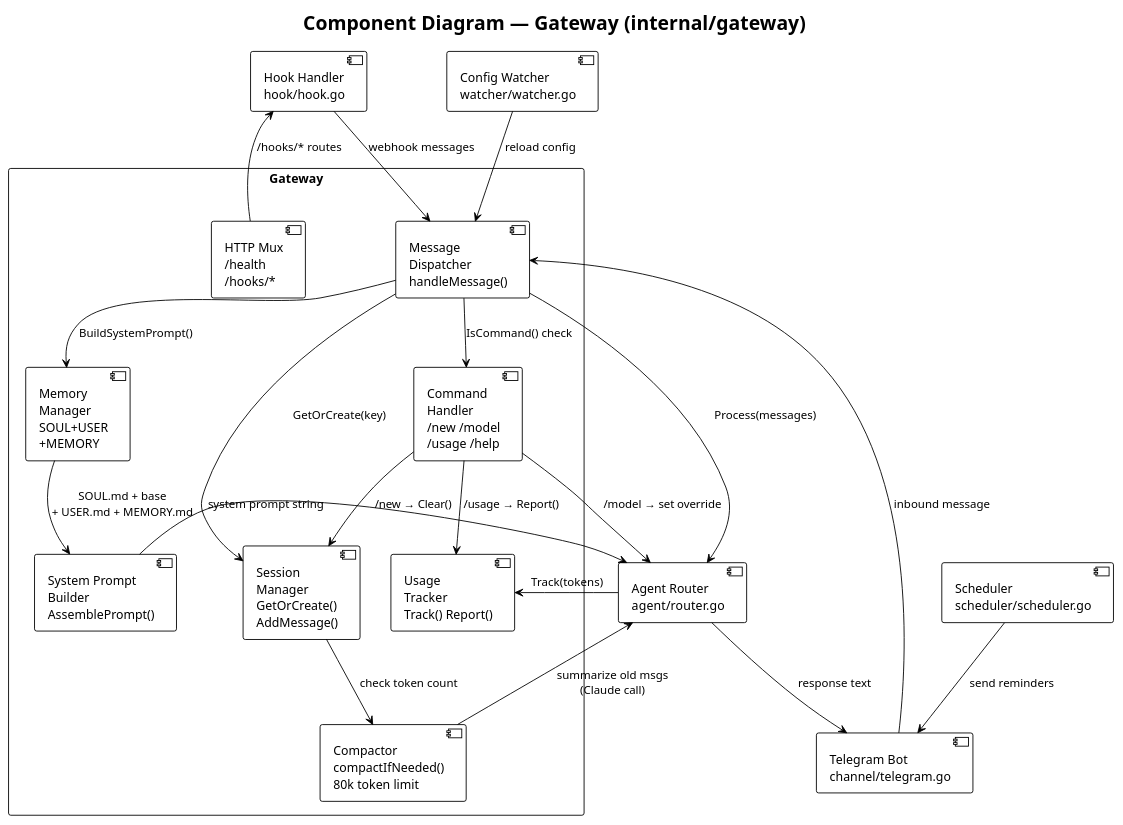
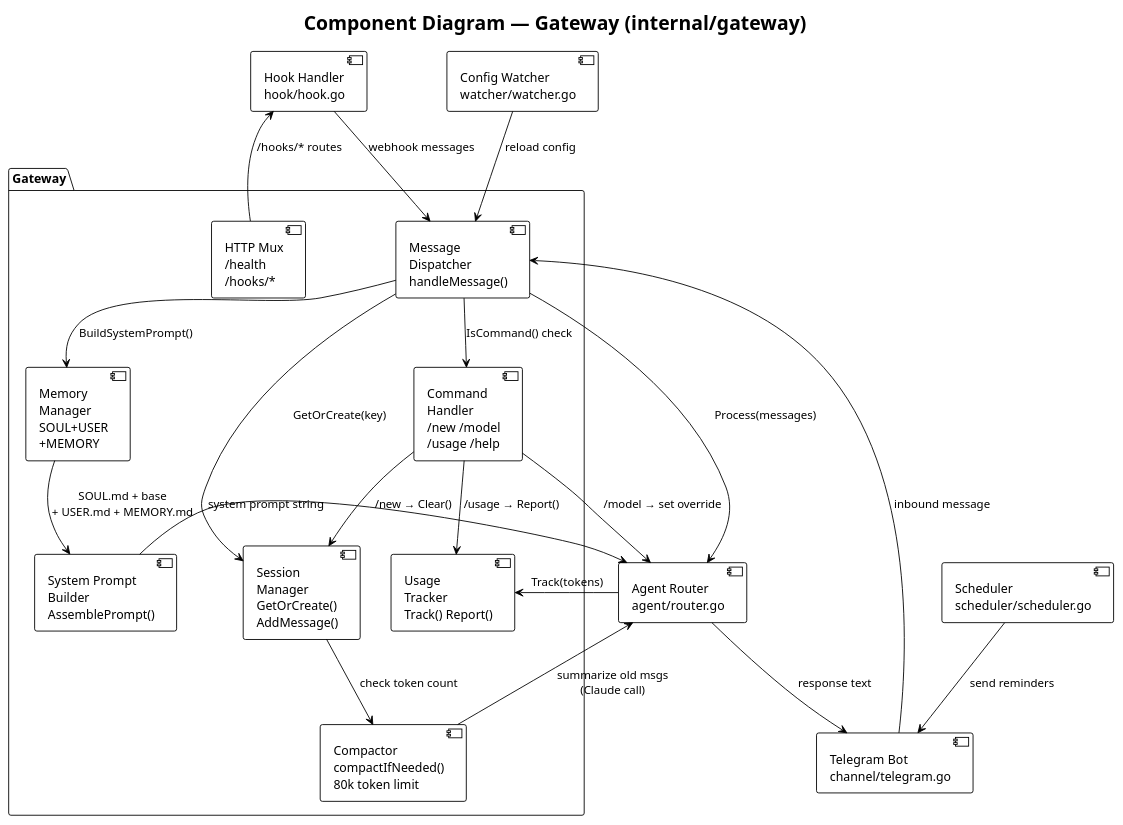
Before and after one commit to FeelPulse/feelpulse: the third of 7 diagrams in docs/c4-architecture.md, drawn with PlantUML. The commit also changed other lines of this file, not shown here.

Commit message:
docs: fix all PlantUML diagrams (validated via online service, 0 errors)

````diff
--- a/docs/c4-architecture.md
+++ b/docs/c4-architecture.md
@@ -122,50 +124,50 @@
 ```plantuml
 @startuml c4-component
 !theme plain
 skinparam backgroundColor #FFFFFF
 skinparam defaultFontName monospace
 
 title Component Diagram — Gateway (internal/gateway)
 
-rectangle "Gateway" {
+package "Gateway" {
 
   component "HTTP Mux\n/health\n/hooks/*" as MUXHTTP
   component "Message\nDispatcher\nhandleMessage()" as DISP
   component "Command\nHandler\n/new /model\n/usage /help" as CMD
   component "Memory\nManager\nSOUL+USER\n+MEMORY" as MEM
   component "Session\nManager\nGetOrCreate()\nAddMessage()" as SESS
   component "Compactor\ncompactIfNeeded()\n80k token limit" as COMP
   component "Usage\nTracker\nTrack() Report()" as USAGE
   component "System Prompt\nBuilder\nAssemblePrompt()" as SPB
 }
 
 component "Telegram Bot\nchannel/telegram.go" as TG_BOT
 component "Agent Router\nagent/router.go" as AR
 component "Scheduler\nscheduler/scheduler.go" as SCHED
 component "Hook Handler\nhook/hook.go" as HOOK
 component "Config Watcher\nwatcher/watcher.go" as WATCHER
 
 TG_BOT --> DISP : inbound message
 DISP --> CMD : IsCommand() check
 CMD --> SESS : /new → Clear()
 CMD --> USAGE : /usage → Report()
 CMD --> AR : /model → set override
 
 DISP --> SESS : GetOrCreate(key)
 SESS --> COMP : check token count
 COMP --> AR : summarize old msgs\n(Claude call)
 
 DISP --> MEM : BuildSystemPrompt()
 MEM --> SPB : SOUL.md + base\n+ USER.md + MEMORY.md
 SPB --> AR : system prompt string
 
 DISP --> AR : Process(messages)
 AR --> TG_BOT : response text
 AR --> USAGE : Track(tokens)
 
 SCHED --> TG_BOT : send reminders
 HOOK --> DISP : webhook messages
 WATCHER --> DISP : reload config
 MUXHTTP --> HOOK : /hooks/* routes
 @enduml
 ```
````
